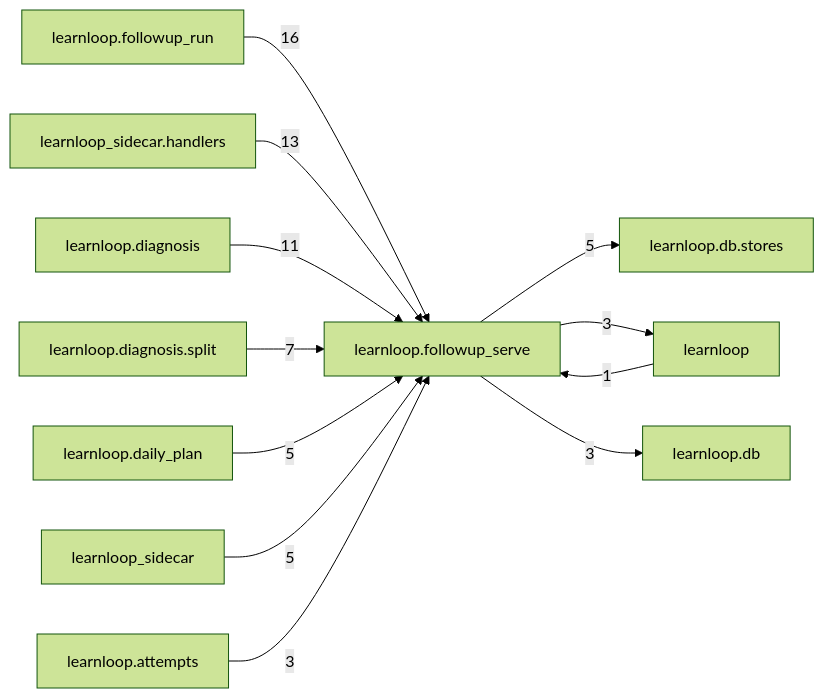
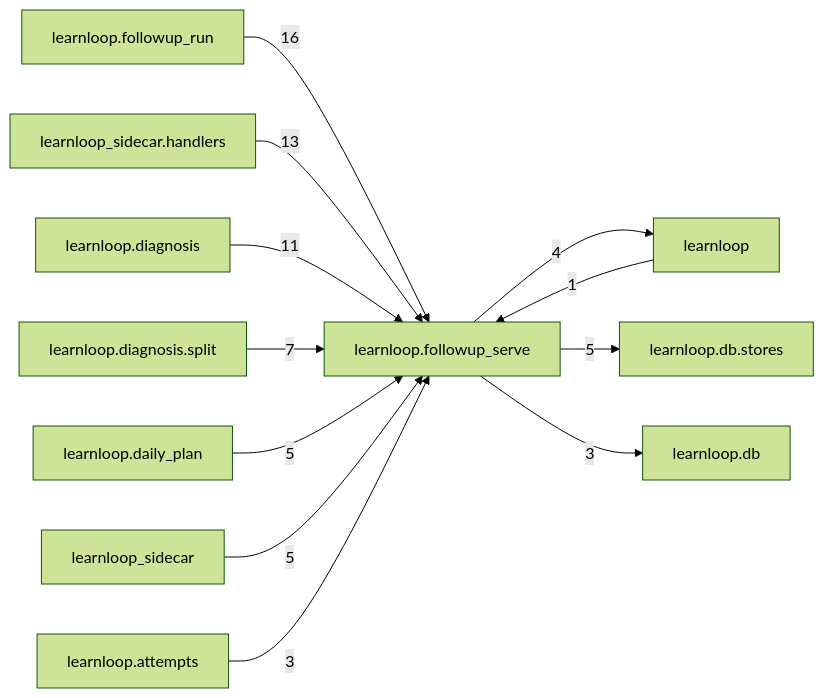
One commit to 6up-b/learnanything changed the diagram in docs/learnloop-architecture-vault/Reference/Modules/learnloop/followup_serve/_package.md. Above: the diagram before and after it, drawn with Mermaid (forest theme). The commit also changed other lines of this file and 59 other files, not shown here.

````diff
--- a/docs/learnloop-architecture-vault/Reference/Modules/learnloop/followup_serve/_package.md
+++ b/docs/learnloop-architecture-vault/Reference/Modules/learnloop/followup_serve/_package.md
@@ -87,25 +87,25 @@
 ```mermaid
 flowchart LR
     center["learnloop.followup_serve"]
     n_learnloop_followup_run["learnloop.followup_run"]
     n_learnloop_sidecar_handlers["learnloop_sidecar.handlers"]
     n_learnloop_diagnosis["learnloop.diagnosis"]
     n_learnloop_diagnosis_split["learnloop.diagnosis.split"]
+    n_learnloop["learnloop"]
     n_learnloop_daily_plan["learnloop.daily_plan"]
     n_learnloop_db_stores["learnloop.db.stores"]
     n_learnloop_sidecar["learnloop_sidecar"]
-    n_learnloop["learnloop"]
     n_learnloop_attempts["learnloop.attempts"]
     n_learnloop_db["learnloop.db"]
     n_learnloop_followup_run -->|16| center
     n_learnloop_sidecar_handlers -->|13| center
     n_learnloop_diagnosis -->|11| center
     n_learnloop_diagnosis_split -->|7| center
+    n_learnloop -->|1| center
+    center -->|4| n_learnloop
     n_learnloop_daily_plan -->|5| center
     center -->|5| n_learnloop_db_stores
     n_learnloop_sidecar -->|5| center
-    n_learnloop -->|1| center
-    center -->|3| n_learnloop
     n_learnloop_attempts -->|3| center
     center -->|3| n_learnloop_db
 ```
````
